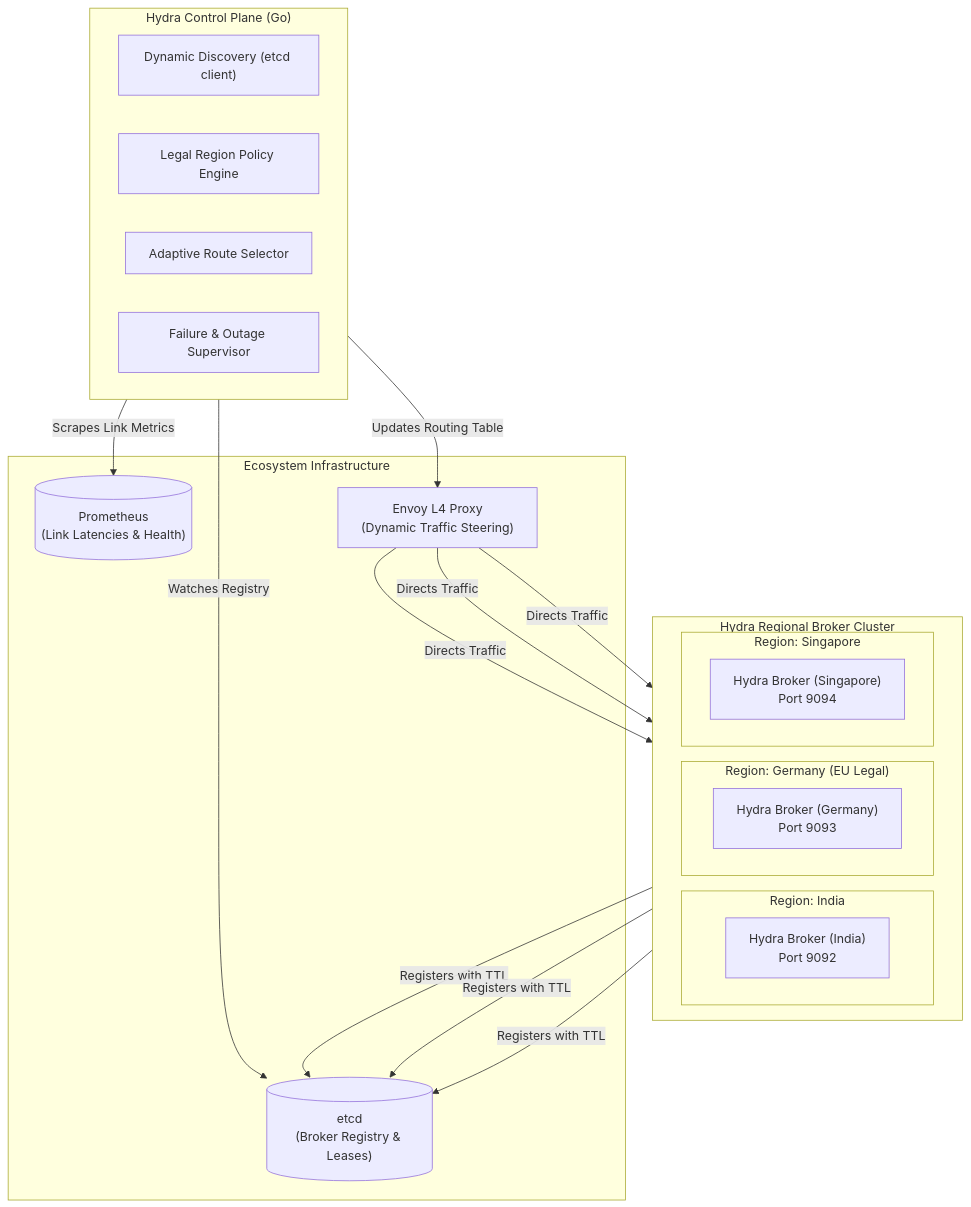
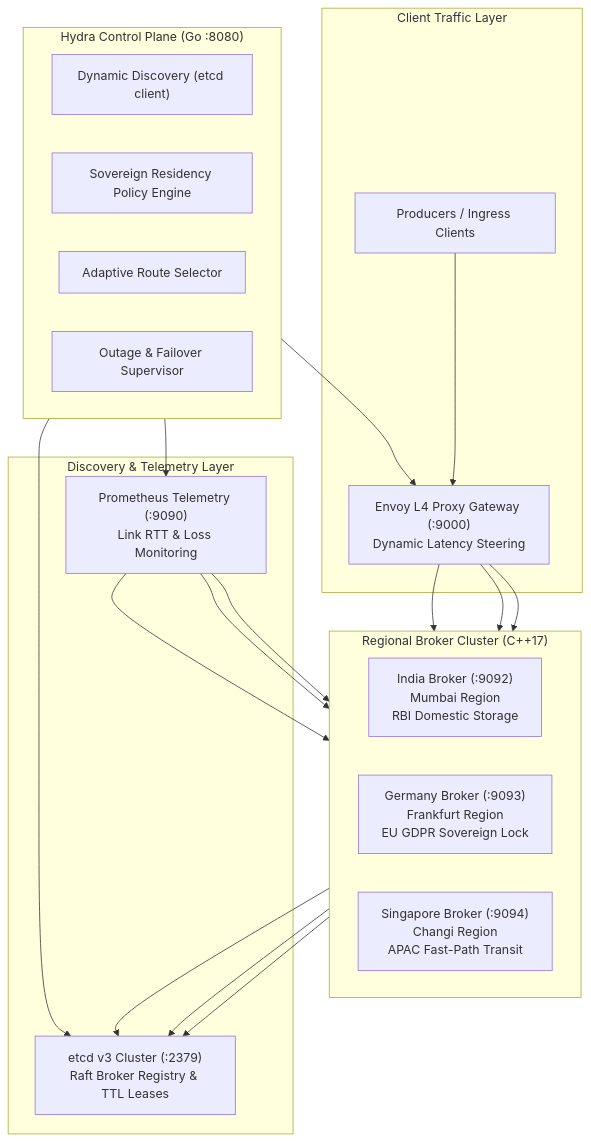
One commit to ansh0014/Hydra-Stream changed the diagram in README.md. Above: the diagram before and after it, drawn with Mermaid. The commit also changed other lines of this file, not shown here.

Commit message:
docs: finalize production README with GitHub-compliant Mermaid architecture, test bench benchmarks, and execution guide

````diff
--- a/README.md
+++ b/README.md
@@ -24,40 +26,43 @@
 ```mermaid
-flowchart TB
-    subgraph CP["Hydra Control Plane (Go)"]
-        DISC["Dynamic Discovery (etcd client)"]
-        POLICY["Legal Region Policy Engine"]
-        ROUTER["Adaptive Route Selector"]
-        HEALTH["Failure & Outage Supervisor"]
+flowchart TD
+    subgraph Ingress["Client Traffic Layer"]
+        PROD["Producers / Ingress Clients"]
+        ENVOY["Envoy L4 Proxy Gateway (:9000)<br/>Dynamic Latency Steering"]
     end
 
-    subgraph INFRA["Ecosystem Infrastructure"]
-        ETCD[("etcd\n(Broker Registry & Leases)")]
-        PROM[("Prometheus\n(Link Latencies & Health)")]
-        ENVOY["Envoy L4 Proxy\n(Dynamic Traffic Steering)"]
+    subgraph ControlPlane["Hydra Control Plane (Go :8080)"]
+        DISC["Dynamic Discovery (etcd client)"]
+        POLICY["Sovereign Residency Policy Engine"]
+        ROUTER["Adaptive Route Selector"]
+        SUPERVISOR["Outage & Failover Supervisor"]
     end
 
-    subgraph CLUSTER["Hydra Regional Broker Cluster"]
-        direction LR
-        subgraph IN["Region: India"]
-            B_IN["Hydra Broker (India)\nPort 9092"]
-        end
-        subgraph DE["Region: Germany (EU Legal)"]
-            B_DE["Hydra Broker (Germany)\nPort 9093"]
-        end
-        subgraph SG["Region: Singapore"]
-            B_SG["Hydra Broker (Singapore)\nPort 9094"]
-        end
+    subgraph StateTelemetry["Discovery & Telemetry Layer"]
+        ETCD["etcd v3 Cluster (:2379)<br/>Raft Broker Registry & TTL Leases"]
+        PROM["Prometheus Telemetry (:9090)<br/>Link RTT & Loss Monitoring"]
     end
 
-    CP -->|Watches Registry| ETCD
-    CP -->|Scrapes Link Metrics| PROM
-    CP -->|Updates Routing Table| ENVOY
-    
-    B_IN -->|Registers with TTL| ETCD
-    B_DE -->|Registers with TTL| ETCD
-    B_SG -->|Registers with TTL| ETCD
+    subgraph Brokers["Regional Broker Cluster (C++17)"]
+        direction LR
+        B_IN["India Broker (:9092)<br/>Mumbai Region<br/>RBI Domestic Storage"]
+        B_DE["Germany Broker (:9093)<br/>Frankfurt Region<br/>EU GDPR Sovereign Lock"]
+        B_SG["Singapore Broker (:9094)<br/>Changi Region<br/>APAC Fast-Path Transit"]
+    end
 
-    ENVOY -->|Directs Traffic| B_IN
-    ENVOY -->|Directs Traffic| B_DE
-    ENVOY -->|Directs Traffic| B_SG
+    PROD --> ENVOY
+    ENVOY --> B_IN
+    ENVOY --> B_DE
+    ENVOY --> B_SG
+
+    ControlPlane --> ETCD
+    ControlPlane --> PROM
+    ControlPlane --> ENVOY
+
+    B_IN --> ETCD
+    B_DE --> ETCD
+    B_SG --> ETCD
+
+    PROM --> B_IN
+    PROM --> B_DE
+    PROM --> B_SG
 ```
````
